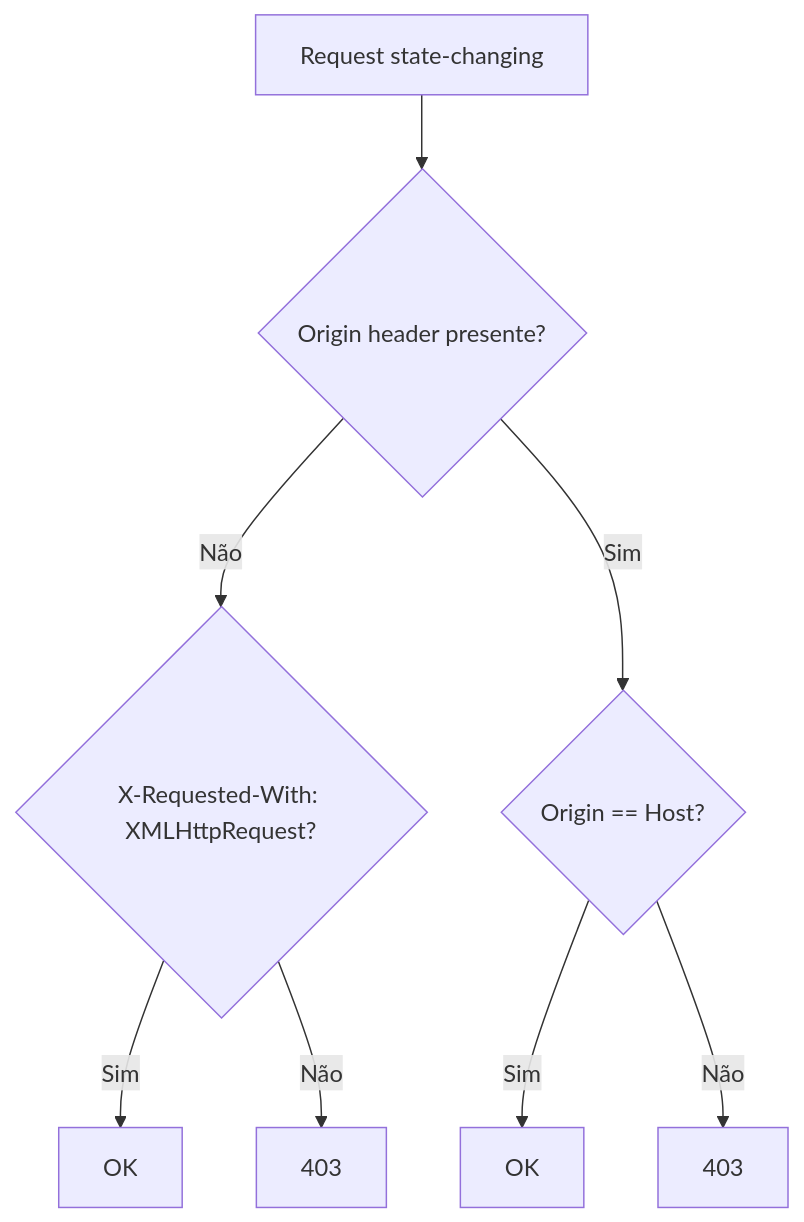
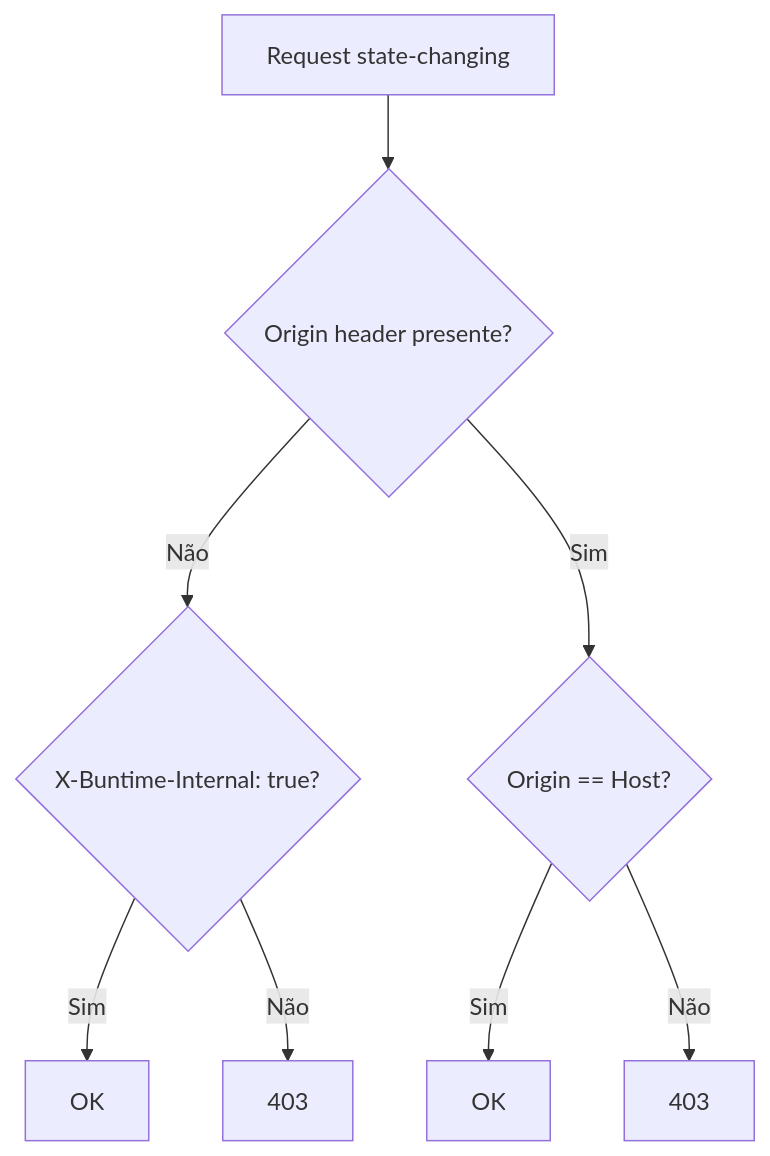
One commit to zommehq/buntime changed the first of 4 diagrams in runtime/docs/fundamentals/server-core.adoc. Above: the diagram before and after it, drawn with Mermaid. The commit also changed other lines of this file and 221 other files, not shown here.

```diff
--- a/runtime/docs/fundamentals/server-core.adoc
+++ b/runtime/docs/fundamentals/server-core.adoc
@@ -325,11 +322,11 @@
 [mermaid]
 ----
 flowchart TD
     A[Request state-changing] --> B{Origin header presente?}
-    B -->|Não| C{X-Requested-With: XMLHttpRequest?}
+    B -->|Não| C{X-Buntime-Internal: true?}
     B -->|Sim| D{Origin == Host?}
     C -->|Sim| E[OK]
     C -->|Não| F[403]
     D -->|Sim| G[OK]
     D -->|Não| H[403]
 ----
```
